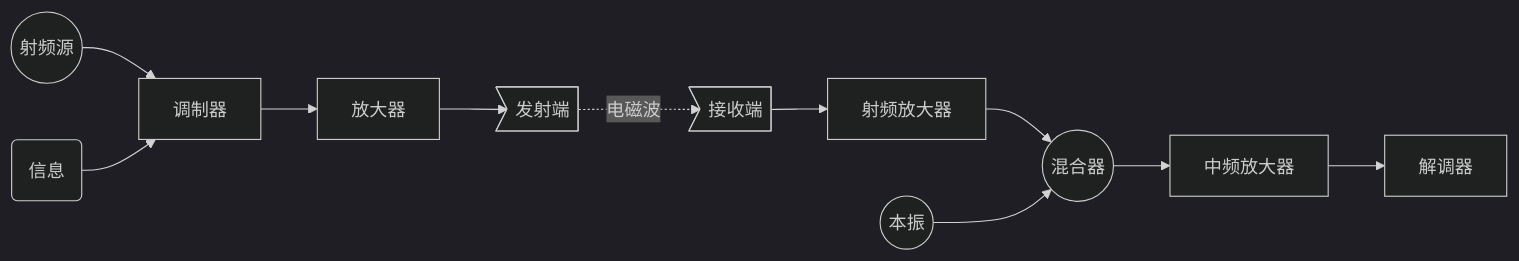
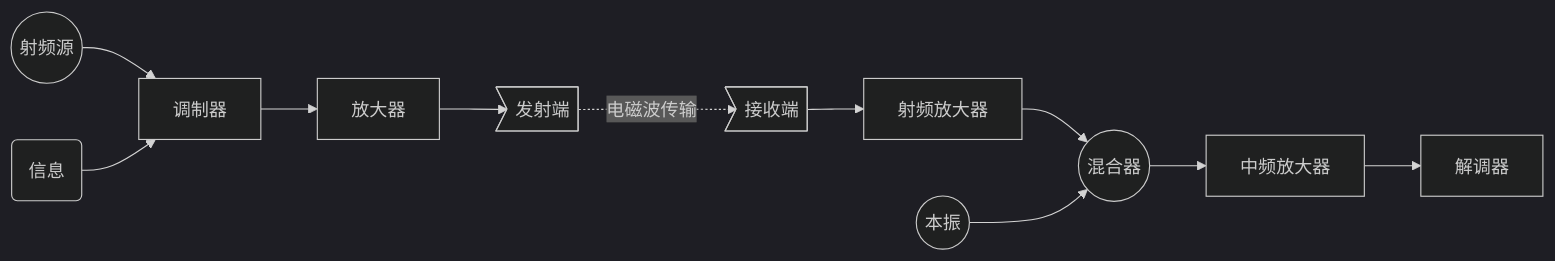
One commit to YooyoJin/yooyojin.github.io changed the diagram in _posts/2024-11-04-rf_theory_basics.md. Above: the diagram before and after it, drawn with Mermaid (dark theme). The commit also changed other lines of this file and 2 other files, not shown here.

````diff
--- a/_posts/2024-11-04-rf_theory_basics.md
+++ b/_posts/2024-11-04-rf_theory_basics.md
@@ -46,13 +45,13 @@
 ```mermaid
 graph LR
     A((射频源)) --> B[调制器]
     C(信息) --> B
     B --> D[放大器]
     D --> E>发射端]
-    E -. 电磁波 .-> F>接收端]
+    E -. 电磁波传输 .-> F>接收端]
     F --> G[射频放大器]
     G --> H((混合器))
     I((本振)) --> H
     H --> J[中频放大器]
     J --> K[解调器]
 ```
````
